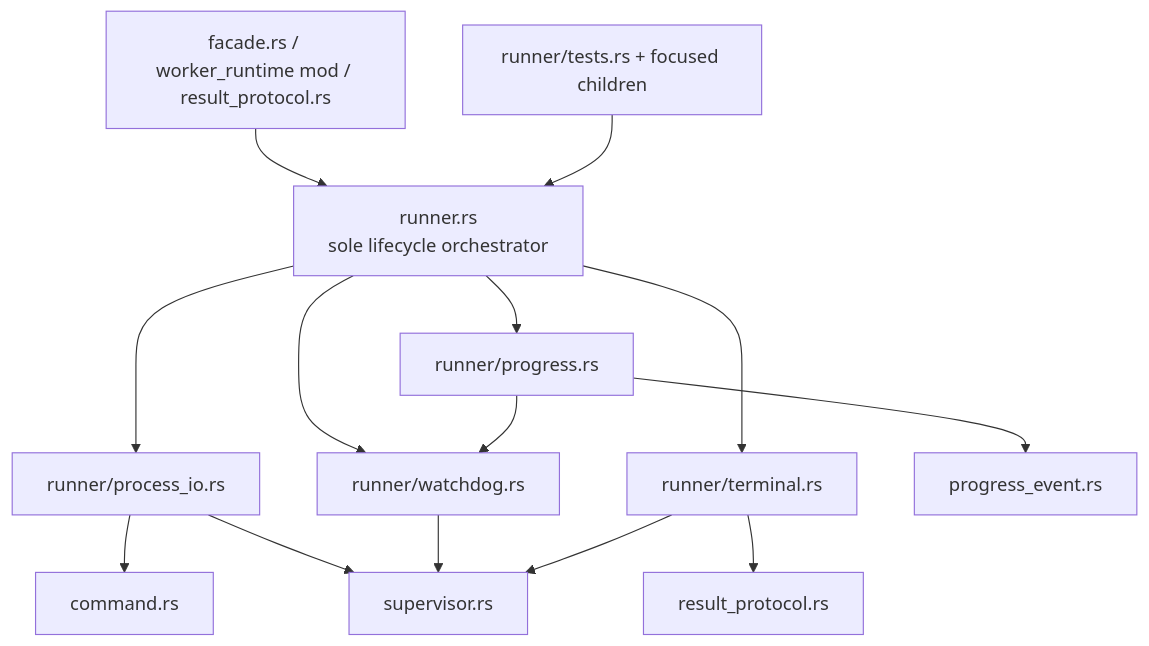
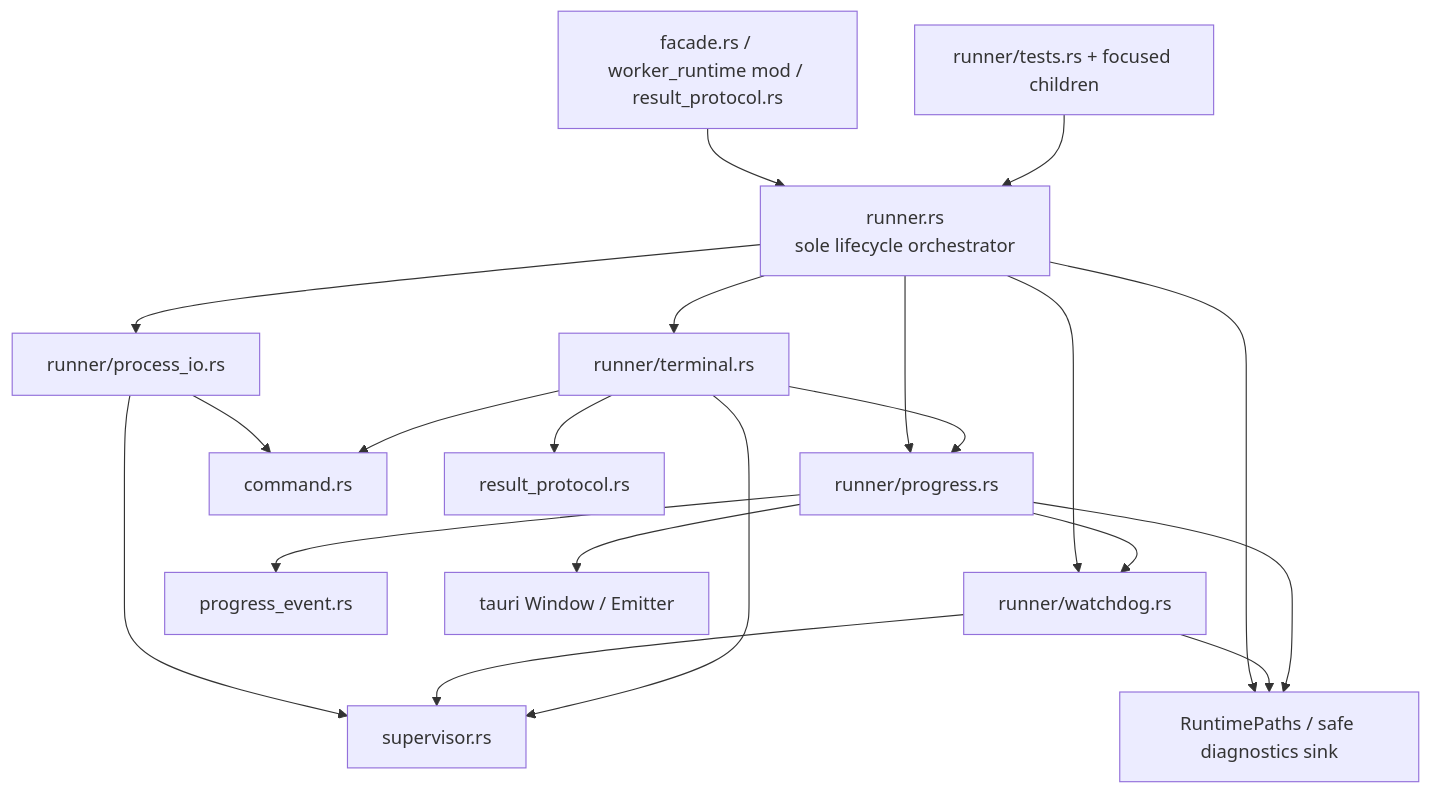
One commit to jiabai/FrameQ changed the diagram in docs/design-docs/2026-07-23-rust-worker-runner-module-split.md. Above: the diagram before and after it, drawn with Mermaid. The commit also changed other lines of this file, not shown here.

Commit message:
docs(runtime): correct runner split design boundaries

````diff
--- a/docs/design-docs/2026-07-23-rust-worker-runner-module-split.md
+++ b/docs/design-docs/2026-07-23-rust-worker-runner-module-split.md
@@ -137,16 +141,22 @@
 ```mermaid
 flowchart TD
   App["facade.rs / worker_runtime mod / result_protocol.rs"] --> Root["runner.rs\nsole lifecycle orchestrator"]
   Root --> Process["runner/process_io.rs"]
   Root --> Watchdog["runner/watchdog.rs"]
   Root --> Progress["runner/progress.rs"]
   Root --> Terminal["runner/terminal.rs"]
+  Root --> Runtime["RuntimePaths / safe diagnostics sink"]
   Process --> Command["command.rs"]
   Process --> Supervisor["supervisor.rs"]
   Watchdog --> Supervisor
+  Watchdog --> Runtime
   Progress --> Validation["progress_event.rs"]
   Progress --> Watchdog
+  Progress --> Runtime
+  Progress --> Tauri["tauri Window / Emitter"]
   Terminal --> Protocol["result_protocol.rs"]
+  Terminal --> Command
+  Terminal --> Progress
   Terminal --> Supervisor
   Tests["runner/tests.rs + focused children"] --> Root
 ```
````
